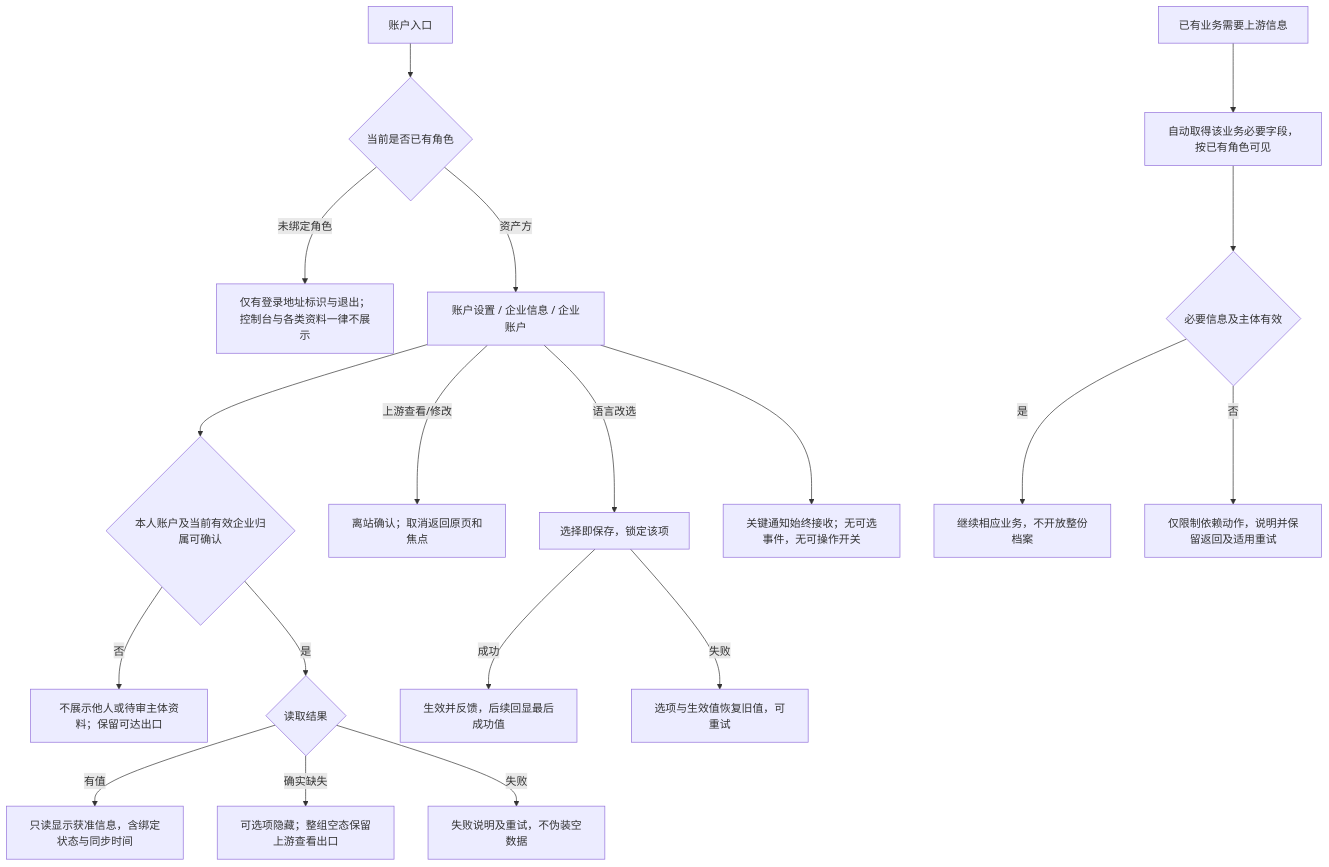
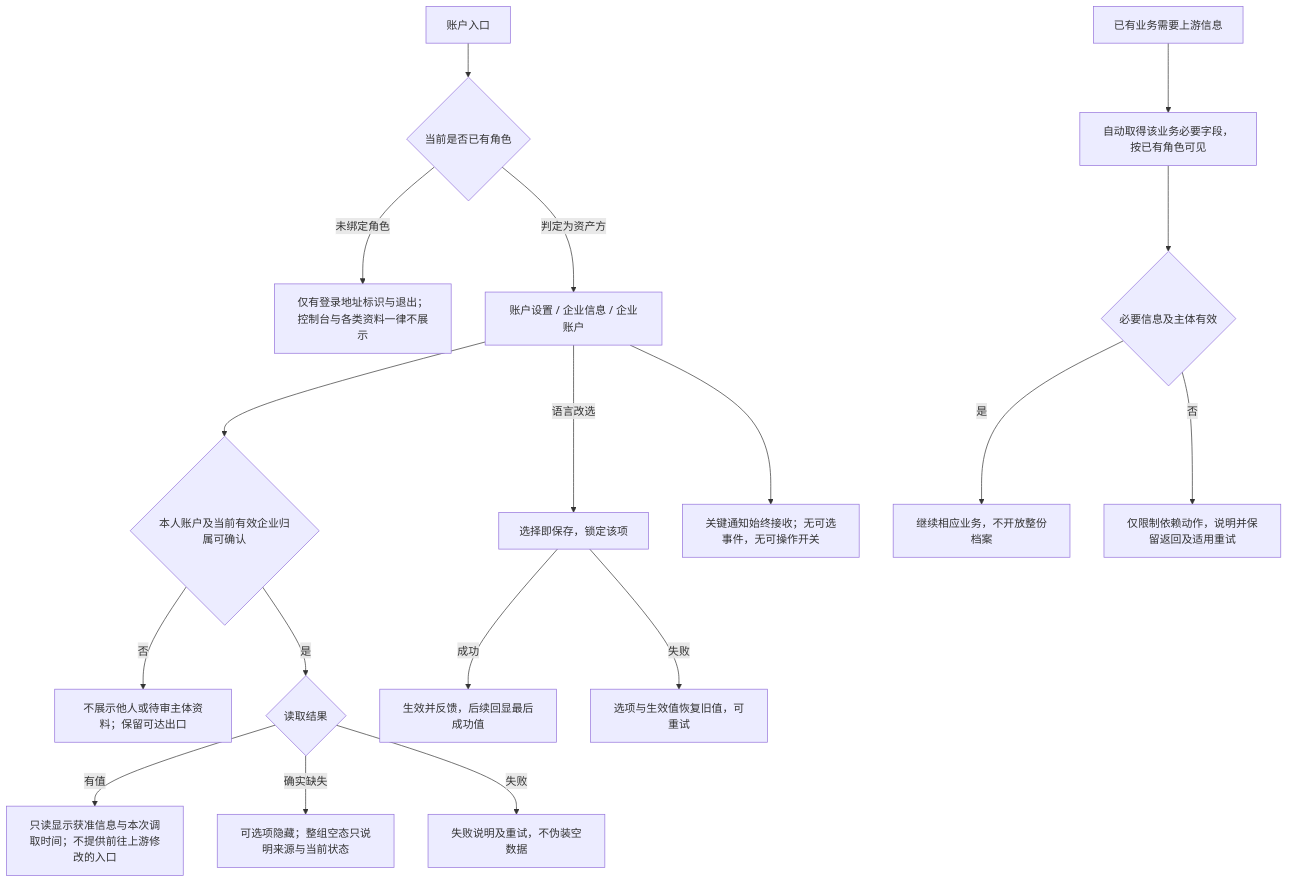
Before and after one commit to wxblockchain/Chain-Financing: the fifth of 7 diagrams in lending-platform/PRD/v2.0-登录与账户体系/02-登录主干与资产方SSO接入-流程图与状态机.md, drawn with Mermaid. The commit also changed other lines of this file and 4 other files, not shown here.

````diff
--- a/lending-platform/PRD/v2.0-登录与账户体系/02-登录主干与资产方SSO接入-流程图与状态机.md
+++ b/lending-platform/PRD/v2.0-登录与账户体系/02-登录主干与资产方SSO接入-流程图与状态机.md
@@ -116,21 +117,20 @@
 ```mermaid
 flowchart TD
     MENU["账户入口"] --> ROLE{"当前是否已有角色"}
     ROLE -->|未绑定角色| ONLY["仅有登录地址标识与退出；控制台与各类资料一律不展示"]
-    ROLE -->|资产方| P["账户设置 / 企业信息 / 企业账户"]
+    ROLE -->|判定为资产方| P["账户设置 / 企业信息 / 企业账户"]
     P --> OWNER{"本人账户及当前有效企业归属可确认"}
     OWNER -->|否| DENY["不展示他人或待审主体资料；保留可达出口"]
     OWNER -->|是| LOAD{"读取结果"}
-    LOAD -->|有值| SHOW["只读显示获准信息，含绑定状态与同步时间"]
-    LOAD -->|确实缺失| EMPTY["可选项隐藏；整组空态保留上游查看出口"]
+    LOAD -->|有值| SHOW["只读显示获准信息与本次调取时间；不提供前往上游修改的入口"]
+    LOAD -->|确实缺失| EMPTY["可选项隐藏；整组空态只说明来源与当前状态"]
     LOAD -->|失败| FAIL["失败说明及重试，不伪装空数据"]
-    P -->|上游查看/修改| LEAVE["离站确认；取消返回原页和焦点"]
     P -->|语言改选| SAVE["选择即保存，锁定该项"]
     SAVE -->|成功| OK["生效并反馈，后续回显最后成功值"]
     SAVE -->|失败| ROLLBACK["选项与生效值恢复旧值，可重试"]
     P --> NOTICE["关键通知始终接收；无可选事件，无可操作开关"]
     B["已有业务需要上游信息"] --> AUTO["自动取得该业务必要字段，按已有角色可见"]
     AUTO --> NEED{"必要信息及主体有效"}
     NEED -->|是| USE["继续相应业务，不开放整份档案"]
     NEED -->|否| LIMIT["仅限制依赖动作，说明并保留返回及适用重试"]
 ```
````
